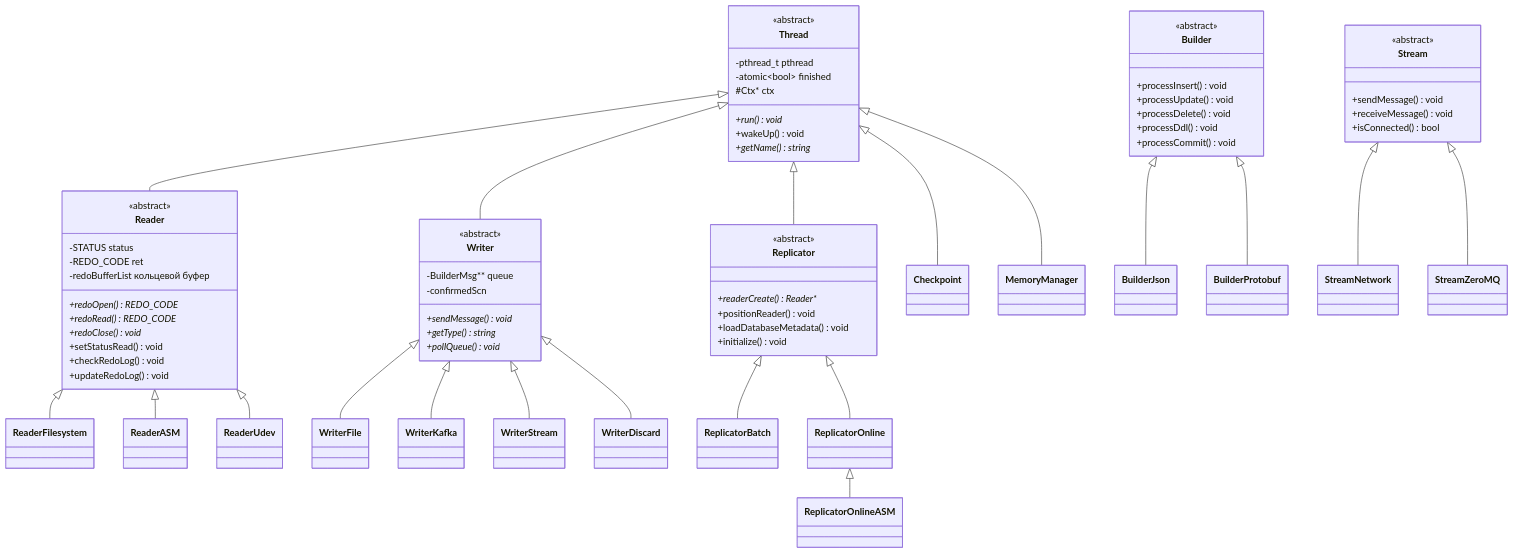
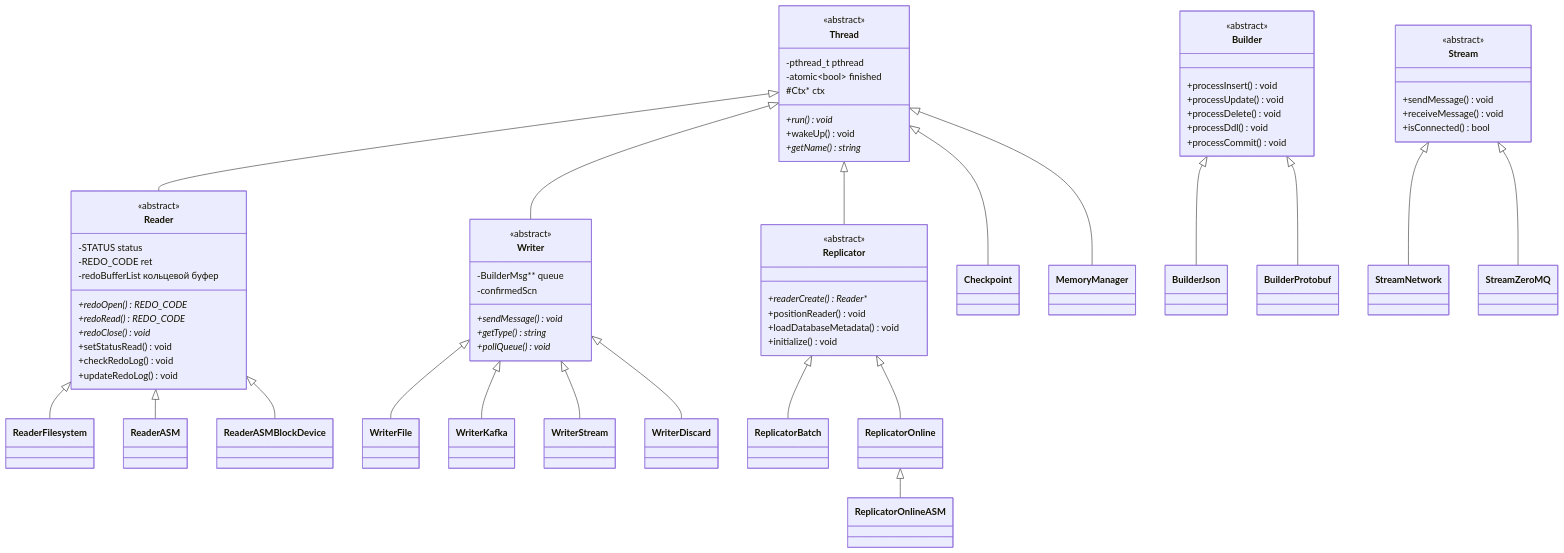
One commit to tarantool/OpenLogReplicator changed the fourth of 4 diagrams in documentation/architecture/components.md. Above: the diagram before and after it, drawn with Mermaid. The commit also changed other lines of this file and 12 other files, not shown here.

Commit message:
refactor(reader): rename ReaderUdev to ReaderASMBlockDevice

```diff
--- a/documentation/architecture/components.md
+++ b/documentation/architecture/components.md
@@ -320,7 +320,7 @@
 
     Reader <|-- ReaderFilesystem
     Reader <|-- ReaderASM
-    Reader <|-- ReaderUdev
+    Reader <|-- ReaderASMBlockDevice
 
     Writer <|-- WriterFile
     Writer <|-- WriterKafka
```
